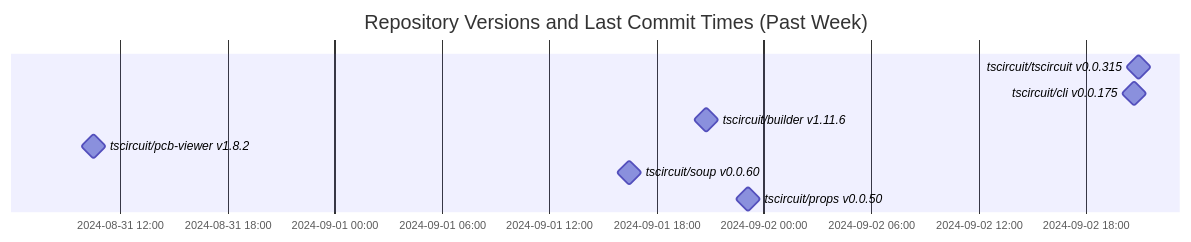
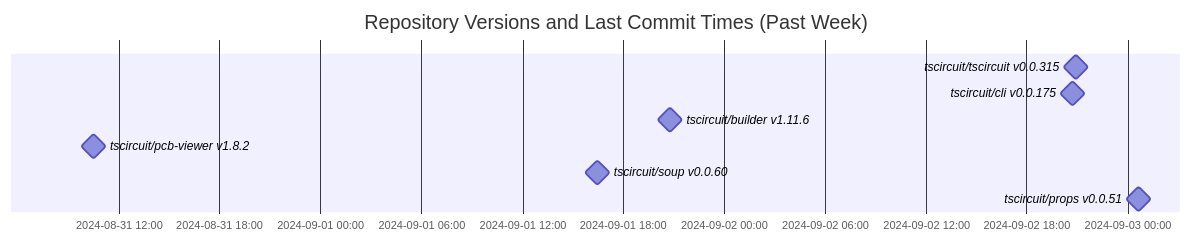
Before and after one commit to tscircuit/version-tracker: the diagram in README.md, drawn with Mermaid.

Commit message:
Update chart

````diff
--- a/README.md
+++ b/README.md
@@ -1,13 +1,13 @@
 ```mermaid
 gantt
   dateFormat  YYYY-MM-DD HH:mm:ss
   title Repository Versions and Last Commit Times (Past Week)
   axisFormat %Y-%m-%d %H:%M
 
   tscircuit/tscircuit v0.0.315 : milestone, 2024-09-02 20:56:47, 1s
   tscircuit/cli v0.0.175 : milestone, 2024-09-02 20:42:15, 1s
   tscircuit/builder v1.11.6 : milestone, 2024-09-01 20:47:46, 1s
   tscircuit/pcb-viewer v1.8.2 : milestone, 2024-08-31 10:30:56, 1s
   tscircuit/soup v0.0.60 : milestone, 2024-09-01 16:26:30, 1s
-  tscircuit/props v0.0.50 : milestone, 2024-09-01 23:06:28, 1s
+  tscircuit/props v0.0.51 : milestone, 2024-09-03 00:38:45, 1s
 ```
````
